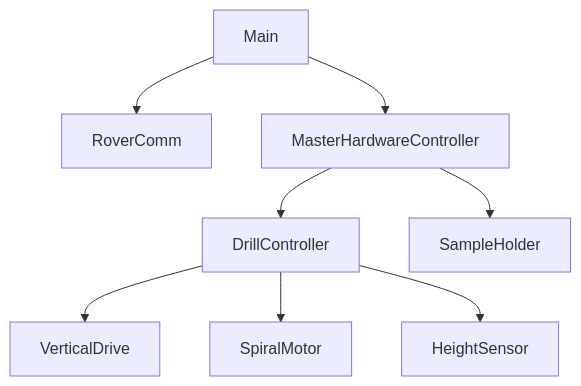
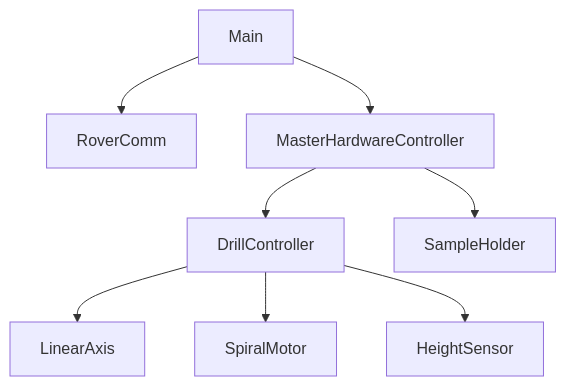
The diagram in README.md (BrnoMarsRover/Drilling), drawn with Mermaid before and after one commit.

````diff
--- a/README.md
+++ b/README.md
@@ -21,10 +21,10 @@
 ```mermaid
 graph TD;
     Main-->RoverComm;
     Main-->MasterHardwareController;
     MasterHardwareController-->DrillController;
     MasterHardwareController-->SampleHolder;
-    DrillController-->VerticalDrive;
+    DrillController-->LinearAxis;
     DrillController-->SpiralMotor;
   	DrillController-->HeightSensor;
 ```
````
